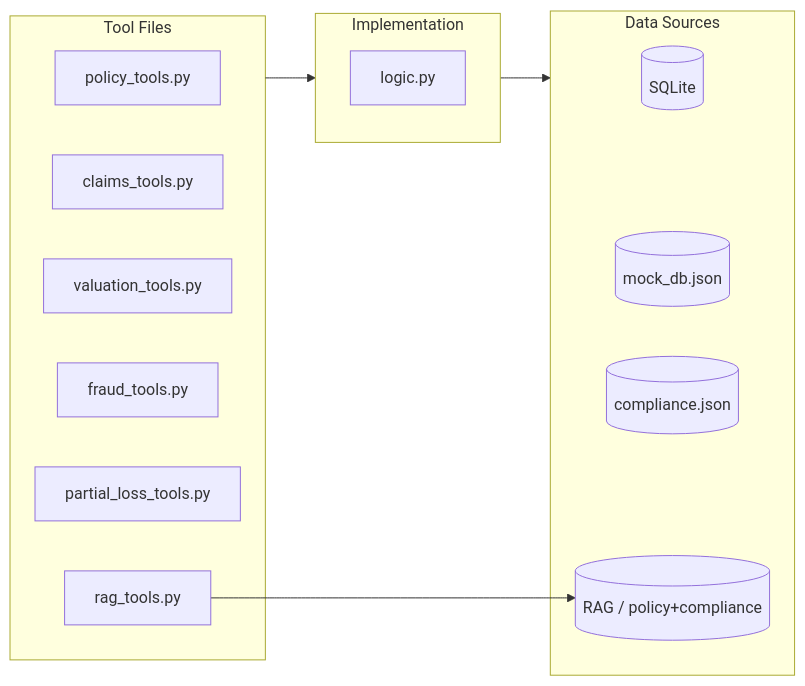
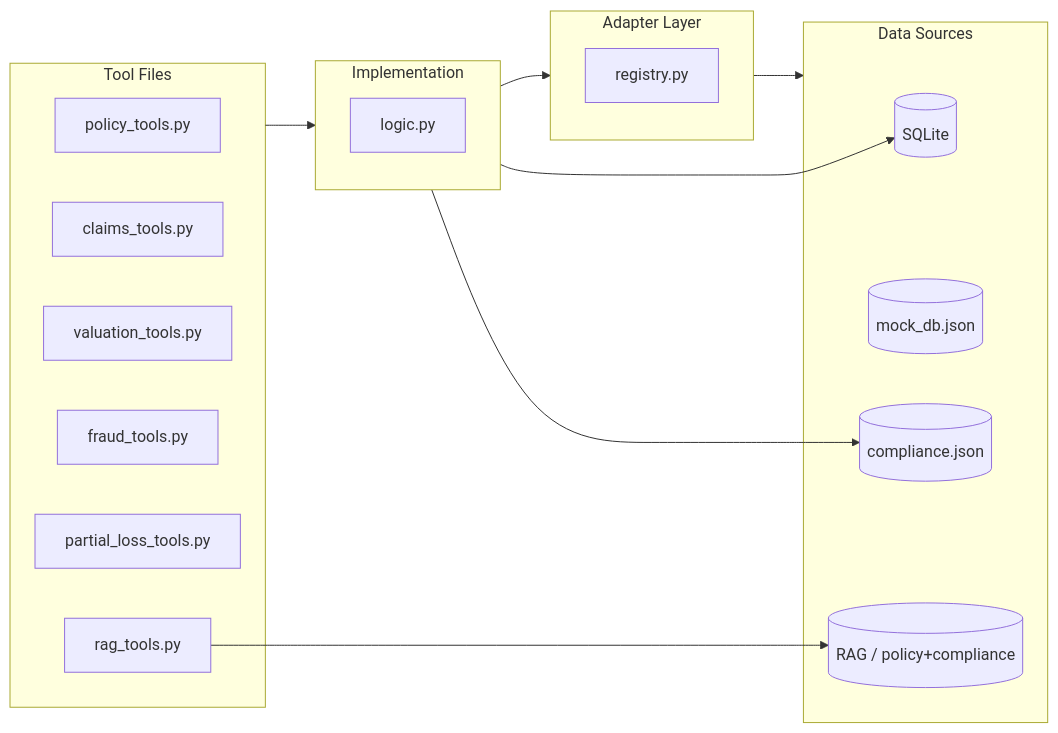
The diagram in docs/tools.md (csmangum/auto-agent), drawn with Mermaid before and after one commit. The commit also changed other lines of this file and 19 other files, not shown here.

First line of the commit message:
Implement adapter layer for external system integrations

````diff
--- a/docs/tools.md
+++ b/docs/tools.md
@@ -9,25 +9,31 @@
 ```mermaid
 flowchart LR
     subgraph Tools["Tool Files"]
         A[policy_tools.py]
         B[claims_tools.py]
         C[valuation_tools.py]
         D[fraud_tools.py]
         E[partial_loss_tools.py]
         R[rag_tools.py]
     end
     
     subgraph Logic["Implementation"]
         F[logic.py]
     end
+
+    subgraph Adapters["Adapter Layer"]
+        Reg[registry.py]
+    end
     
     subgraph Data["Data Sources"]
         G[(SQLite)]
         H[(mock_db.json)]
         I[(compliance.json)]
         J[(RAG / policy+compliance)]
     end
     
-    Tools --> Logic --> Data
+    Tools --> Logic --> Adapters --> Data
+    Logic --> G
+    Logic --> I
     R --> J
 ```
````
